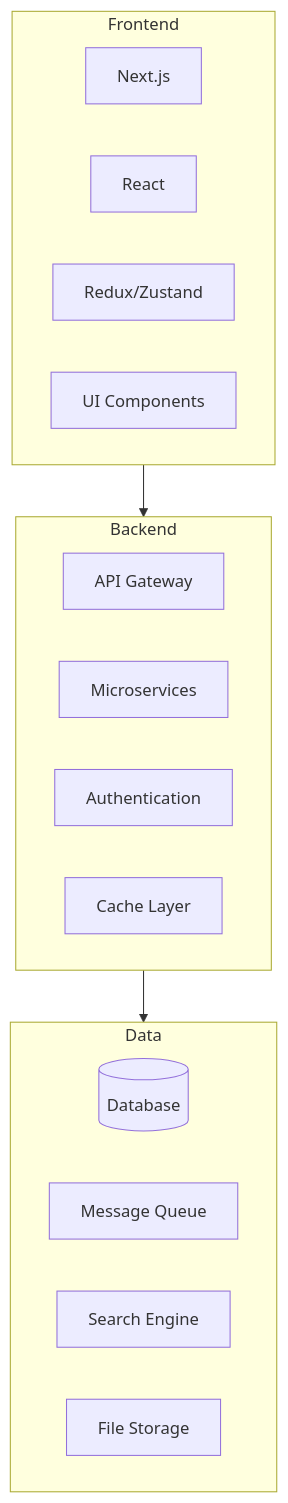
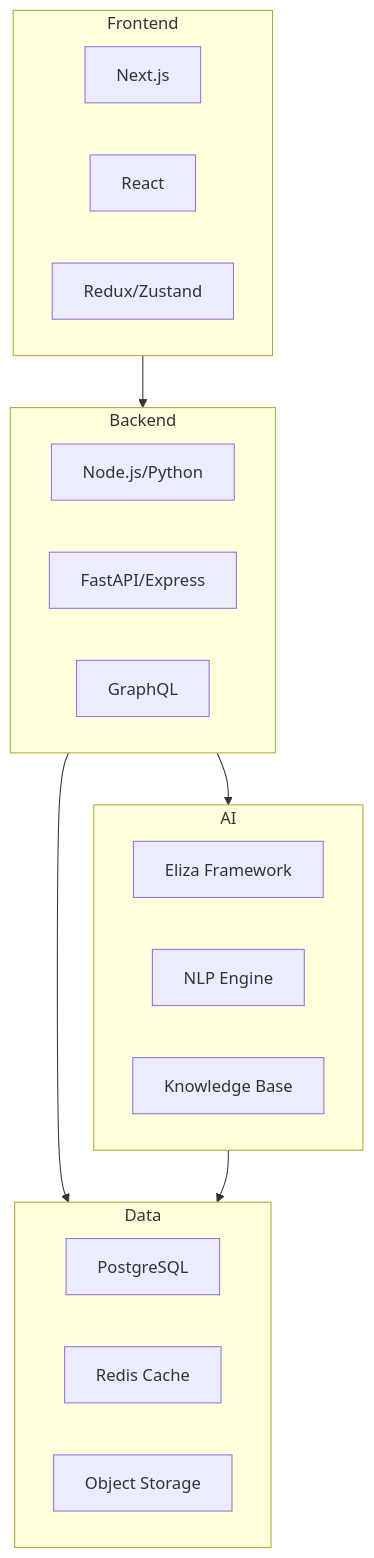
The diagram in DEVELOPMENT/Templates/_DOCS-TEMPLATES/TECH-STACK.md (miquael/AAA-Library), drawn with Mermaid before and after one commit. The commit also changed other lines of this file and 3 other files, not shown here.

````diff
--- a/DEVELOPMENT/Templates/_DOCS-TEMPLATES/TECH-STACK.md
+++ b/DEVELOPMENT/Templates/_DOCS-TEMPLATES/TECH-STACK.md
@@ -6,26 +6,31 @@
 ```mermaid
 graph TD
     subgraph Frontend
         Next[Next.js]
         React[React]
         Redux[Redux/Zustand]
-        UI[UI Components]
     end
 
     subgraph Backend
-        API[API Gateway]
-        Services[Microservices]
-        Auth[Authentication]
-        Cache[Cache Layer]
+        Node[Node.js/Python]
+        API[FastAPI/Express]
+        GraphQL[GraphQL]
+    end
+
+    subgraph AI
+        Eliza[Eliza Framework]
+        NLP[NLP Engine]
+        KB[Knowledge Base]
     end
 
     subgraph Data
-        DB[(Database)]
-        Queue[Message Queue]
-        Search[Search Engine]
-        Storage[File Storage]
+        Postgres[PostgreSQL]
+        Redis[Redis Cache]
+        S3[Object Storage]
     end
 
     Frontend --> Backend
+    Backend --> AI
     Backend --> Data
+    AI --> Data
 ```
````
